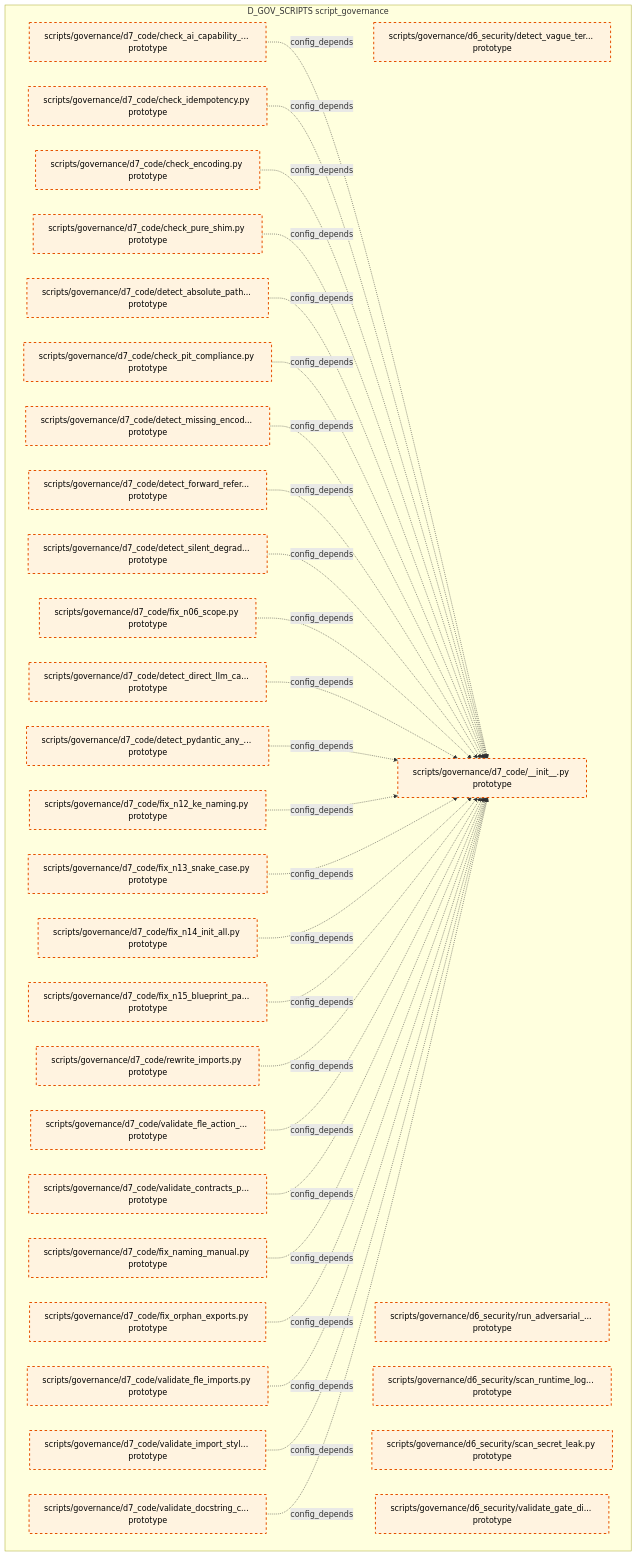
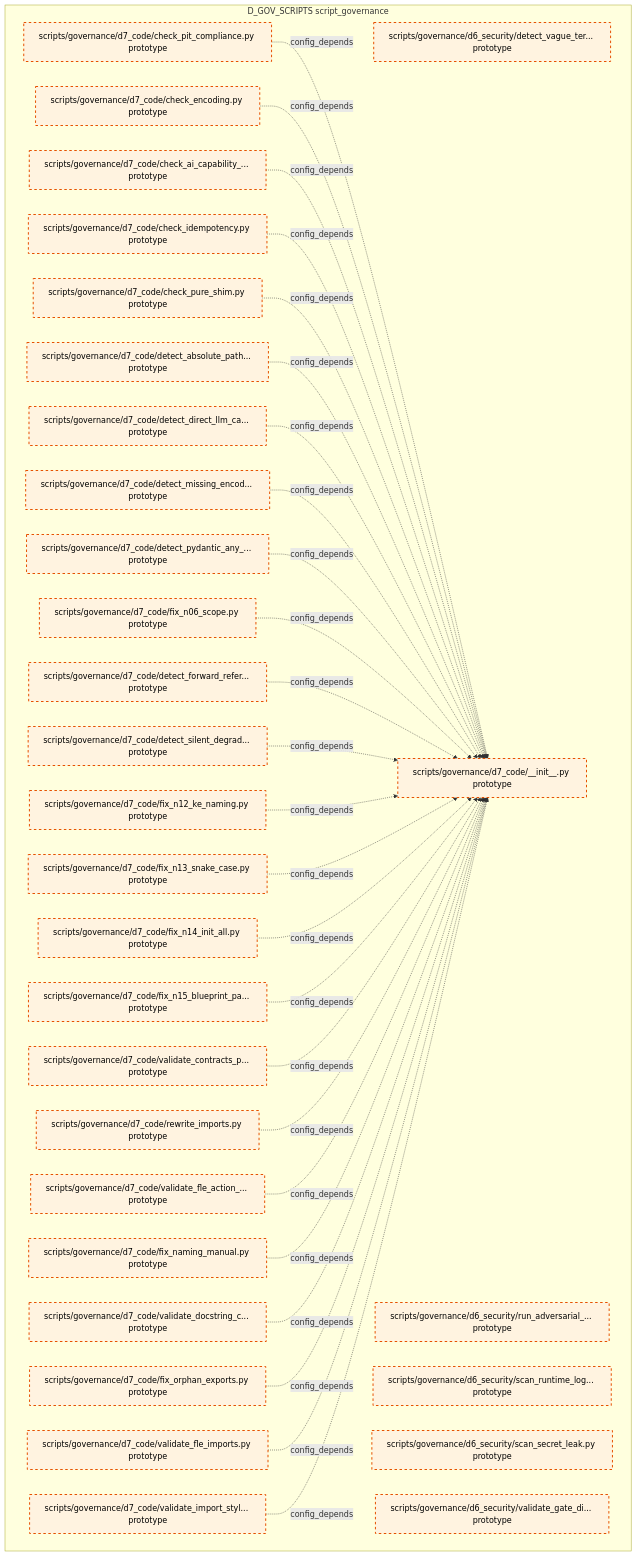
The tenth of 15 diagrams in docs/02_enterprise_architecture/02_domain_architecture_docs/36_d_gov_scripts.md (xuanFelixVan/ZephyrAlpha), drawn with Mermaid before and after one commit. The commit also changed other lines of this file and 99 other files, not shown here.

````diff
--- a/docs/02_enterprise_architecture/02_domain_architecture_docs/36_d_gov_scripts.md
+++ b/docs/02_enterprise_architecture/02_domain_architecture_docs/36_d_gov_scripts.md
@@ -696,64 +696,64 @@
 ```mermaid
 graph TD
     subgraph D_GOV_SCRIPTS["D_GOV_SCRIPTS script_governance"]
         scripts_governance_d6_security_detect_vague_terms_py["scripts/governance/d6_security/detect_vague_ter... prototype"]
         scripts_governance_d6_security_run_adversarial_checks_py["scripts/governance/d6_security/run_adversarial_... prototype"]
         scripts_governance_d6_security_scan_runtime_log_secrets_py["scripts/governance/d6_security/scan_runtime_log... prototype"]
         scripts_governance_d6_security_scan_secret_leak_py["scripts/governance/d6_security/scan_secret_leak.py prototype"]
         scripts_governance_d6_security_validate_gate_discipline_py["scripts/governance/d6_security/validate_gate_di... prototype"]
         scripts_governance_d7_code_init_py["scripts/governance/d7_code/__init__.py prototype"]
         scripts_governance_d7_code_check_ai_capability_boundary_py["scripts/governance/d7_code/check_ai_capability_... prototype"]
         scripts_governance_d7_code_check_encoding_py["scripts/governance/d7_code/check_encoding.py prototype"]
         scripts_governance_d7_code_check_idempotency_py["scripts/governance/d7_code/check_idempotency.py prototype"]
         scripts_governance_d7_code_check_pit_compliance_py["scripts/governance/d7_code/check_pit_compliance.py prototype"]
         scripts_governance_d7_code_check_pure_shim_py["scripts/governance/d7_code/check_pure_shim.py prototype"]
         scripts_governance_d7_code_detect_absolute_path_hardcoding_py["scripts/governance/d7_code/detect_absolute_path... prototype"]
         scripts_governance_d7_code_detect_direct_llm_calls_py["scripts/governance/d7_code/detect_direct_llm_ca... prototype"]
         scripts_governance_d7_code_detect_forward_reference_py["scripts/governance/d7_code/detect_forward_refer... prototype"]
         scripts_governance_d7_code_detect_missing_encoding_py["scripts/governance/d7_code/detect_missing_encod... prototype"]
         scripts_governance_d7_code_detect_pydantic_any_fields_py["scripts/governance/d7_code/detect_pydantic_any_... prototype"]
         scripts_governance_d7_code_detect_silent_degradation_py["scripts/governance/d7_code/detect_silent_degrad... prototype"]
         scripts_governance_d7_code_fix_n06_scope_py["scripts/governance/d7_code/fix_n06_scope.py prototype"]
         scripts_governance_d7_code_fix_n12_ke_naming_py["scripts/governance/d7_code/fix_n12_ke_naming.py prototype"]
         scripts_governance_d7_code_fix_n13_snake_case_py["scripts/governance/d7_code/fix_n13_snake_case.py prototype"]
         scripts_governance_d7_code_fix_n14_init_all_py["scripts/governance/d7_code/fix_n14_init_all.py prototype"]
         scripts_governance_d7_code_fix_n15_blueprint_path_py["scripts/governance/d7_code/fix_n15_blueprint_pa... prototype"]
         scripts_governance_d7_code_fix_naming_manual_py["scripts/governance/d7_code/fix_naming_manual.py prototype"]
         scripts_governance_d7_code_fix_orphan_exports_py["scripts/governance/d7_code/fix_orphan_exports.py prototype"]
         scripts_governance_d7_code_rewrite_imports_py["scripts/governance/d7_code/rewrite_imports.py prototype"]
         scripts_governance_d7_code_validate_contracts_purity_py["scripts/governance/d7_code/validate_contracts_p... prototype"]
         scripts_governance_d7_code_validate_docstring_coverage_py["scripts/governance/d7_code/validate_docstring_c... prototype"]
         scripts_governance_d7_code_validate_fle_action_metadata_py["scripts/governance/d7_code/validate_fle_action_... prototype"]
         scripts_governance_d7_code_validate_fle_imports_py["scripts/governance/d7_code/validate_fle_imports.py prototype"]
         scripts_governance_d7_code_validate_import_style_py["scripts/governance/d7_code/validate_import_styl... prototype"]
     end
+    scripts_governance_d7_code_check_pit_compliance_py -.->|config_depends| scripts_governance_d7_code_init_py
+    scripts_governance_d7_code_check_encoding_py -.->|config_depends| scripts_governance_d7_code_init_py
     scripts_governance_d7_code_check_ai_capability_boundary_py -.->|config_depends| scripts_governance_d7_code_init_py
     scripts_governance_d7_code_check_idempotency_py -.->|config_depends| scripts_governance_d7_code_init_py
-    scripts_governance_d7_code_check_encoding_py -.->|config_depends| scripts_governance_d7_code_init_py
     scripts_governance_d7_code_check_pure_shim_py -.->|config_depends| scripts_governance_d7_code_init_py
     scripts_governance_d7_code_detect_absolute_path_hardcoding_py -.->|config_depends| scripts_governance_d7_code_init_py
-    scripts_governance_d7_code_check_pit_compliance_py -.->|config_depends| scripts_governance_d7_code_init_py
+    scripts_governance_d7_code_detect_direct_llm_calls_py -.->|config_depends| scripts_governance_d7_code_init_py
     scripts_governance_d7_code_detect_missing_encoding_py -.->|config_depends| scripts_governance_d7_code_init_py
+    scripts_governance_d7_code_detect_pydantic_any_fields_py -.->|config_depends| scripts_governance_d7_code_init_py
+    scripts_governance_d7_code_fix_n06_scope_py -.->|config_depends| scripts_governance_d7_code_init_py
     scripts_governance_d7_code_detect_forward_reference_py -.->|config_depends| scripts_governance_d7_code_init_py
     scripts_governance_d7_code_detect_silent_degradation_py -.->|config_depends| scripts_governance_d7_code_init_py
-    scripts_governance_d7_code_fix_n06_scope_py -.->|config_depends| scripts_governance_d7_code_init_py
-    scripts_governance_d7_code_detect_direct_llm_calls_py -.->|config_depends| scripts_governance_d7_code_init_py
-    scripts_governance_d7_code_detect_pydantic_any_fields_py -.->|config_depends| scripts_governance_d7_code_init_py
     scripts_governance_d7_code_fix_n12_ke_naming_py -.->|config_depends| scripts_governance_d7_code_init_py
     scripts_governance_d7_code_fix_n13_snake_case_py -.->|config_depends| scripts_governance_d7_code_init_py
     scripts_governance_d7_code_fix_n14_init_all_py -.->|config_depends| scripts_governance_d7_code_init_py
     scripts_governance_d7_code_fix_n15_blueprint_path_py -.->|config_depends| scripts_governance_d7_code_init_py
+    scripts_governance_d7_code_validate_contracts_purity_py -.->|config_depends| scripts_governance_d7_code_init_py
     scripts_governance_d7_code_rewrite_imports_py -.->|config_depends| scripts_governance_d7_code_init_py
     scripts_governance_d7_code_validate_fle_action_metadata_py -.->|config_depends| scripts_governance_d7_code_init_py
-    scripts_governance_d7_code_validate_contracts_purity_py -.->|config_depends| scripts_governance_d7_code_init_py
     scripts_governance_d7_code_fix_naming_manual_py -.->|config_depends| scripts_governance_d7_code_init_py
+    scripts_governance_d7_code_validate_docstring_coverage_py -.->|config_depends| scripts_governance_d7_code_init_py
     scripts_governance_d7_code_fix_orphan_exports_py -.->|config_depends| scripts_governance_d7_code_init_py
     scripts_governance_d7_code_validate_fle_imports_py -.->|config_depends| scripts_governance_d7_code_init_py
     scripts_governance_d7_code_validate_import_style_py -.->|config_depends| scripts_governance_d7_code_init_py
-    scripts_governance_d7_code_validate_docstring_coverage_py -.->|config_depends| scripts_governance_d7_code_init_py
     classDef production fill:#e1f5fe,stroke:#01579b,stroke-width:2px,color:#000
     classDef design fill:#fff3e0,stroke:#e65100,stroke-width:2px,color:#000,stroke-dasharray: 5 5
     classDef external_prod fill:#e8f5e9,stroke:#1b5e20,stroke-width:1px,color:#000
     classDef external_design fill:#fce4ec,stroke:#880e4f,stroke-width:1px,color:#000,stroke-dasharray: 5 5
     class scripts_governance_d6_security_detect_vague_terms_py,scripts_governance_d6_security_run_adversarial_checks_py,scripts_governance_d6_security_scan_runtime_log_secrets_py,scripts_governance_d6_security_scan_secret_leak_py,scripts_governance_d6_security_validate_gate_discipline_py,scripts_governance_d7_code_init_py,scripts_governance_d7_code_check_ai_capability_boundary_py,scripts_governance_d7_code_check_encoding_py,scripts_governance_d7_code_check_idempotency_py,scripts_governance_d7_code_check_pit_compliance_py,scripts_governance_d7_code_check_pure_shim_py,scripts_governance_d7_code_detect_absolute_path_hardcoding_py,scripts_governance_d7_code_detect_direct_llm_calls_py,scripts_governance_d7_code_detect_forward_reference_py,scripts_governance_d7_code_detect_missing_encoding_py,scripts_governance_d7_code_detect_pydantic_any_fields_py,scripts_governance_d7_code_detect_silent_degradation_py,scripts_governance_d7_code_fix_n06_scope_py,scripts_governance_d7_code_fix_n12_ke_naming_py,scripts_governance_d7_code_fix_n13_snake_case_py,scripts_governance_d7_code_fix_n14_init_all_py,scripts_governance_d7_code_fix_n15_blueprint_path_py,scripts_governance_d7_code_fix_naming_manual_py,scripts_governance_d7_code_fix_orphan_exports_py,scripts_governance_d7_code_rewrite_imports_py,scripts_governance_d7_code_validate_contracts_purity_py,scripts_governance_d7_code_validate_docstring_coverage_py,scripts_governance_d7_code_validate_fle_action_metadata_py,scripts_governance_d7_code_validate_fle_imports_py,scripts_governance_d7_code_validate_import_style_py design
 ```
````
